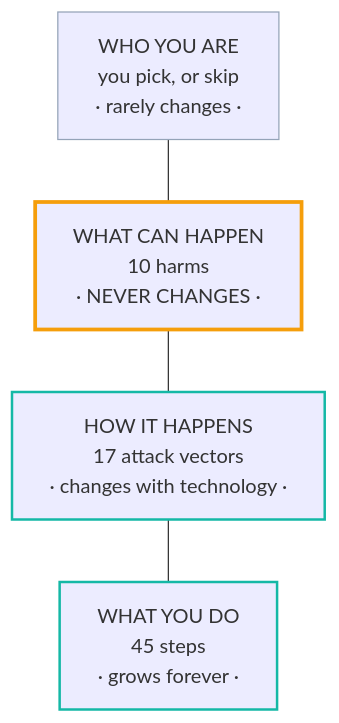
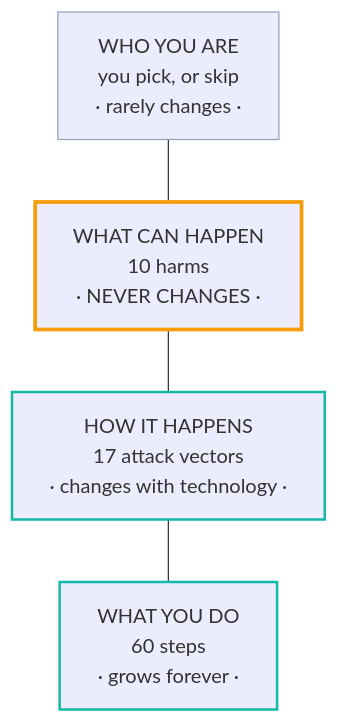
The second of 3 diagrams in README.md (KashishOO7/spectra), drawn with Mermaid before and after one commit. The commit also changed other lines of this file and 7 other files, not shown here.

````diff
--- a/README.md
+++ b/README.md
@@ -58,14 +58,14 @@
 ```mermaid
 flowchart TD
     L1["WHO YOU ARE<br/>you pick, or skip<br/>· rarely changes ·"]
     L2["WHAT CAN HAPPEN<br/>10 harms<br/>· NEVER CHANGES ·"]
     L3["HOW IT HAPPENS<br/>17 attack vectors<br/>· changes with technology ·"]
-    L4["WHAT YOU DO<br/>45 steps<br/>· grows forever ·"]
+    L4["WHAT YOU DO<br/>60 steps<br/>· grows forever ·"]
 
     L1 --- L2 --- L3 --- L4
 
     style L1 stroke:#94a3b8,stroke-width:1px
     style L2 stroke:#f59e0b,stroke-width:3px
     style L3 stroke:#14b8a6,stroke-width:2px
     style L4 stroke:#14b8a6,stroke-width:2px
 ```
````
